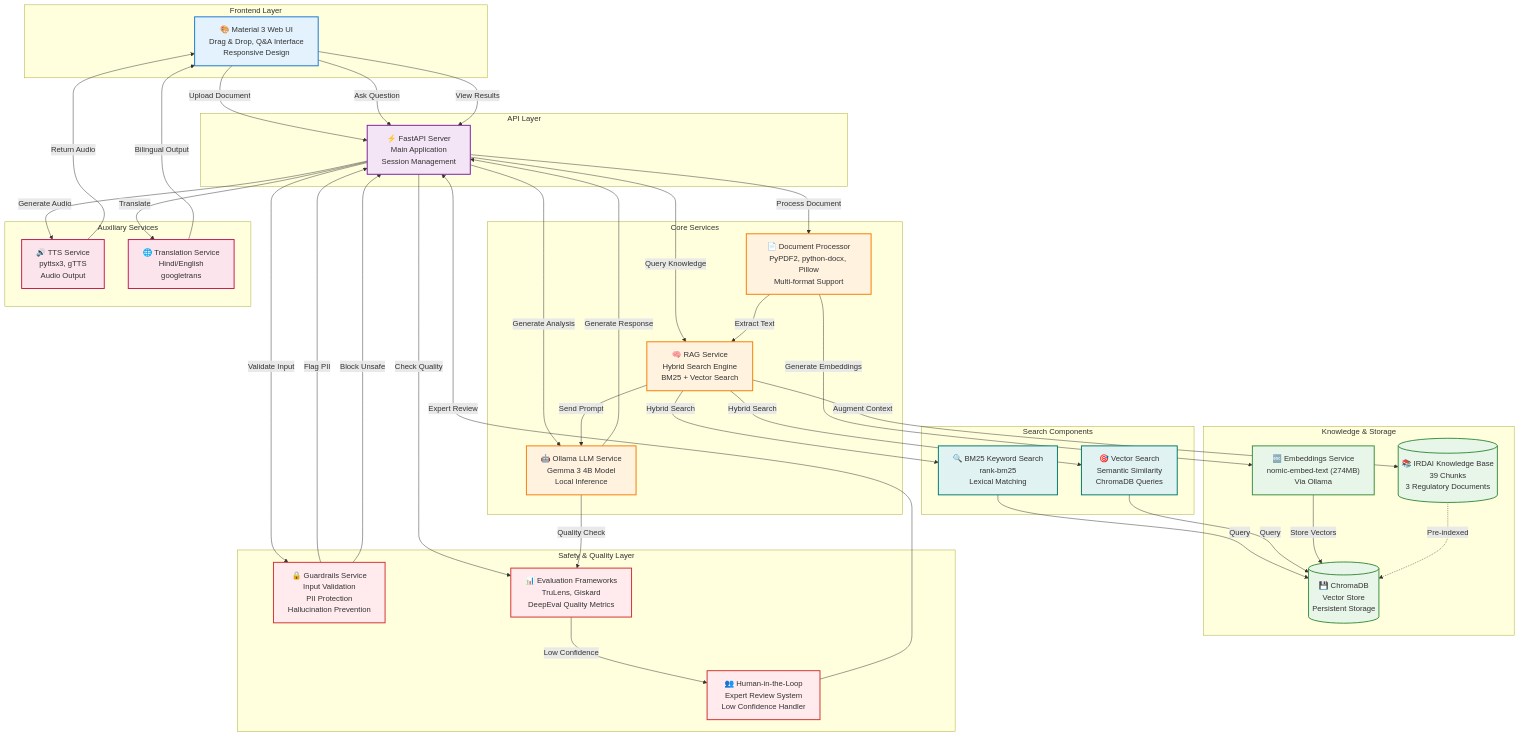
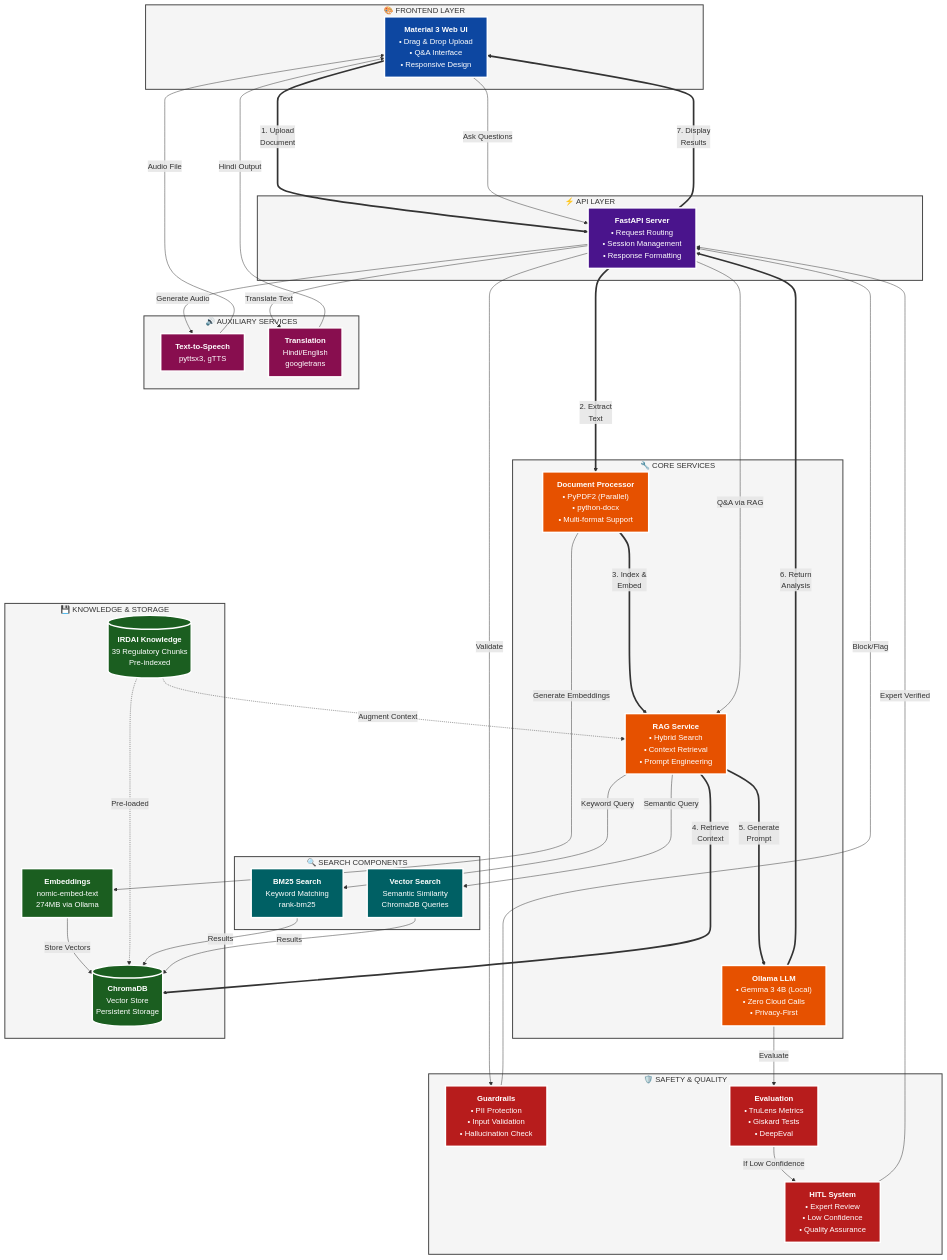
The diagram in README.md (VIKAS9793/SaralPolicy), drawn with Mermaid before and after one commit. The commit also changed 1 other file, not shown here.

Commit message:
docs: improve system architecture diagram with high-contrast colors and better readability
- Enhanced Mermaid diagram with bold colors and white text for better contrast
- Reorganized component hierarchy with clearer visual separation
- Added numbered primary user flow (1-7 steps) for better understanding
- Improved subgraph labels with emoji icons and descriptive titles
- Created comprehensive SYSTEM_ARCHITECTURE.md documentation with:
  - Detailed component breakdown
  - Data flow diagrams
  - Performance metrics
  - API reference
  - Security and privacy guarantees
- Updated README to reference detailed architecture docs
- Fixed visual distinguishability issues reported by users

Components now use high-contrast color scheme:
- Frontend: Deep Blue (#0d47a1)
- API Layer: Purple (#4a148c)
- Core Services: Orange (#e65100)
- Storage: Green (#1b5e20)
- Search: Teal (#006064)
- Safety: Red (#b71c1c)
- Auxiliary: Pink (#880e4f)

All text is now white on dark backgrounds for maximum readability.

````diff
--- a/README.md
+++ b/README.md
@@ -245,99 +245,95 @@
 ```mermaid
 graph TB
-    subgraph "Frontend Layer"
-        UI["🎨 Material 3 Web UI<br/>Drag & Drop, Q&A Interface<br/>Responsive Design"]
+    subgraph FE["🎨 FRONTEND LAYER"]
+        UI["<b>Material 3 Web UI</b><br/>• Drag & Drop Upload<br/>• Q&A Interface<br/>• Responsive Design"]
     end
 
-    subgraph "API Layer"
-        API["⚡ FastAPI Server<br/>Main Application<br/>Session Management"]
+    subgraph API_LAYER["⚡ API LAYER"]
+        API["<b>FastAPI Server</b><br/>• Request Routing<br/>• Session Management<br/>• Response Formatting"]
     end
 
-    subgraph "Core Services"
-        LLM["🤖 Ollama LLM Service<br/>Gemma 3 4B Model<br/>Local Inference"]
-        RAG["🧠 RAG Service<br/>Hybrid Search Engine<br/>BM25 + Vector Search"]
-        DOC["📄 Document Processor<br/>PyPDF2, python-docx, Pillow<br/>Multi-format Support"]
+    subgraph CORE["🔧 CORE SERVICES"]
+        DOC["<b>Document Processor</b><br/>• PyPDF2 (Parallel)<br/>• python-docx<br/>• Multi-format Support"]
+        RAG["<b>RAG Service</b><br/>• Hybrid Search<br/>• Context Retrieval<br/>• Prompt Engineering"]
+        LLM["<b>Ollama LLM</b><br/>• Gemma 3 4B (Local)<br/>• Zero Cloud Calls<br/>• Privacy-First"]
     end
 
-    subgraph "Knowledge & Storage"
-        CHROMA[("💾 ChromaDB<br/>Vector Store<br/>Persistent Storage")]
-        IRDAI[("📚 IRDAI Knowledge Base<br/>39 Chunks<br/>3 Regulatory Documents")]
-        EMBED["🔤 Embeddings Service<br/>nomic-embed-text (274MB)<br/>Via Ollama"]
+    subgraph STORAGE["💾 KNOWLEDGE & STORAGE"]
+        EMBED["<b>Embeddings</b><br/>nomic-embed-text<br/>274MB via Ollama"]
+        CHROMA[("<b>ChromaDB</b><br/>Vector Store<br/>Persistent Storage")]
+        IRDAI[("<b>IRDAI Knowledge</b><br/>39 Regulatory Chunks<br/>Pre-indexed")]
     end
 
-    subgraph "Safety & Quality Layer"
-        GUARD["🔒 Guardrails Service<br/>Input Validation<br/>PII Protection<br/>Hallucination Prevention"]
-        HITL["👥 Human-in-the-Loop<br/>Expert Review System<br/>Low Confidence Handler"]
-        EVAL["📊 Evaluation Frameworks<br/>TruLens, Giskard<br/>DeepEval Quality Metrics"]
+    subgraph SEARCH["🔍 SEARCH COMPONENTS"]
+        BM25["<b>BM25 Search</b><br/>Keyword Matching<br/>rank-bm25"]
+        VSEARCH["<b>Vector Search</b><br/>Semantic Similarity<br/>ChromaDB Queries"]
     end
 
-    subgraph "Auxiliary Services"
-        TTS["🔊 TTS Service<br/>pyttsx3, gTTS<br/>Audio Output"]
-        TRANS["🌐 Translation Service<br/>Hindi/English<br/>googletrans"]
+    subgraph SAFETY["🛡️ SAFETY & QUALITY"]
+        GUARD["<b>Guardrails</b><br/>• PII Protection<br/>• Input Validation<br/>• Hallucination Check"]
+        EVAL["<b>Evaluation</b><br/>• TruLens Metrics<br/>• Giskard Tests<br/>• DeepEval"]
+        HITL["<b>HITL System</b><br/>• Expert Review<br/>• Low Confidence<br/>• Quality Assurance"]
     end
 
-    subgraph "Search Components"
-        BM25["🔍 BM25 Keyword Search<br/>rank-bm25<br/>Lexical Matching"]
-        VECTOR["🎯 Vector Search<br/>Semantic Similarity<br/>ChromaDB Queries"]
+    subgraph AUX["🔊 AUXILIARY SERVICES"]
+        TTS["<b>Text-to-Speech</b><br/>pyttsx3, gTTS"]
+        TRANS["<b>Translation</b><br/>Hindi/English<br/>googletrans"]
     end
 
+    %% Primary User Flow (Bold)
+    UI ====>|"1. Upload<br/>Document"| API
+    API ====>|"2. Extract<br/>Text"| DOC
+    DOC ====>|"3. Index &<br/>Embed"| RAG
+    RAG ====>|"4. Retrieve<br/>Context"| CHROMA
+    RAG ====>|"5. Generate<br/>Prompt"| LLM
+    LLM ====>|"6. Return<br/>Analysis"| API
+    API ====>|"7. Display<br/>Results"| UI
+
+    %% Document Processing
+    DOC -->|Generate Embeddings| EMBED
+    EMBED -->|Store Vectors| CHROMA
+    IRDAI -.->|Pre-loaded| CHROMA
+
+    %% RAG Search Pipeline
+    RAG -->|Keyword Query| BM25
+    RAG -->|Semantic Query| VSEARCH
+    BM25 -->|Results| CHROMA
+    VSEARCH -->|Results| CHROMA
+    IRDAI -.->|Augment Context| RAG
+
+    %% Safety & Quality
+    API -->|Validate| GUARD
+    LLM -->|Evaluate| EVAL
+    EVAL -->|If Low Confidence| HITL
+    GUARD -->|Block/Flag| API
+    HITL -->|Expert Verified| API
+
     %% User Interactions
-    UI -->|Upload Document| API
-    UI -->|Ask Question| API
-    UI -->|View Results| API
-
-    %% API Orchestration
-    API -->|Process Document| DOC
-    API -->|Generate Analysis| LLM
-    API -->|Query Knowledge| RAG
-    API -->|Validate Input| GUARD
-    API -->|Check Quality| EVAL
-
-    %% Document Processing Flow
-    DOC -->|Extract Text| RAG
-    DOC -->|Generate Embeddings| EMBED
-
-    %% RAG Pipeline
-    RAG -->|Hybrid Search| BM25
-    RAG -->|Hybrid Search| VECTOR
-    BM25 -->|Query| CHROMA
-    VECTOR -->|Query| CHROMA
-    RAG -->|Augment Context| IRDAI
-    RAG -->|Send Prompt| LLM
-
-    %% Knowledge Storage
-    EMBED -->|Store Vectors| CHROMA
-    IRDAI -.->|Pre-indexed| CHROMA
-
-    %% LLM Processing
-    LLM -->|Generate Response| API
-    LLM -->|Quality Check| EVAL
-
-    %% Safety Pipeline
-    GUARD -->|Flag PII| API
-    GUARD -->|Block Unsafe| API
-    EVAL -->|Low Confidence| HITL
-    HITL -->|Expert Review| API
+    UI -->|Ask Questions| API
+    API -->|Q&A via RAG| RAG
 
     %% Output Enhancement
     API -->|Generate Audio| TTS
-    API -->|Translate| TRANS
-    TTS -->|Return Audio| UI
-    TRANS -->|Bilingual Output| UI
+    API -->|Translate Text| TRANS
+    TTS -->|Audio File| UI
+    TRANS -->|Hindi Output| UI
 
-    %% Styling
-    classDef frontend fill:#e3f2fd,stroke:#1976d2,stroke-width:2px
-    classDef api fill:#f3e5f5,stroke:#7b1fa2,stroke-width:2px
-    classDef core fill:#fff3e0,stroke:#f57c00,stroke-width:2px
-    classDef storage fill:#e8f5e9,stroke:#388e3c,stroke-width:2px
-    classDef safety fill:#ffebee,stroke:#d32f2f,stroke-width:2px
-    classDef auxiliary fill:#fce4ec,stroke:#c2185b,stroke-width:2px
-    classDef search fill:#e0f2f1,stroke:#00796b,stroke-width:2px
+    %% Styling with High Contrast
+    classDef frontendStyle fill:#0d47a1,stroke:#ffffff,stroke-width:3px,color:#ffffff
+    classDef apiStyle fill:#4a148c,stroke:#ffffff,stroke-width:3px,color:#ffffff
+    classDef coreStyle fill:#e65100,stroke:#ffffff,stroke-width:3px,color:#ffffff
+    classDef storageStyle fill:#1b5e20,stroke:#ffffff,stroke-width:3px,color:#ffffff
+    classDef searchStyle fill:#006064,stroke:#ffffff,stroke-width:3px,color:#ffffff
+    classDef safetyStyle fill:#b71c1c,stroke:#ffffff,stroke-width:3px,color:#ffffff
+    classDef auxStyle fill:#880e4f,stroke:#ffffff,stroke-width:3px,color:#ffffff
+    classDef subgraphStyle fill:#f5f5f5,stroke:#424242,stroke-width:2px
 
-    class UI frontend
-    class API api
-    class LLM,RAG,DOC core
-    class CHROMA,IRDAI,EMBED storage
-    class GUARD,HITL,EVAL safety
-    class TTS,TRANS auxiliary
-    class BM25,VECTOR search
+    class UI frontendStyle
+    class API apiStyle
+    class DOC,RAG,LLM coreStyle
+    class EMBED,CHROMA,IRDAI storageStyle
+    class BM25,VSEARCH searchStyle
+    class GUARD,EVAL,HITL safetyStyle
+    class TTS,TRANS auxStyle
+    class FE,API_LAYER,CORE,STORAGE,SEARCH,SAFETY,AUX subgraphStyle
 ```
````
